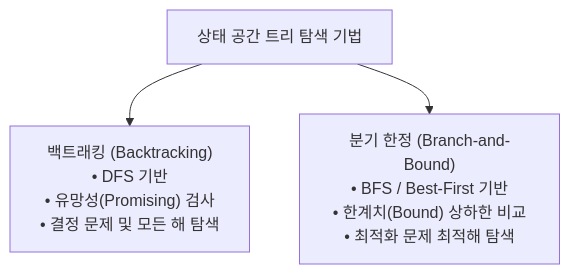
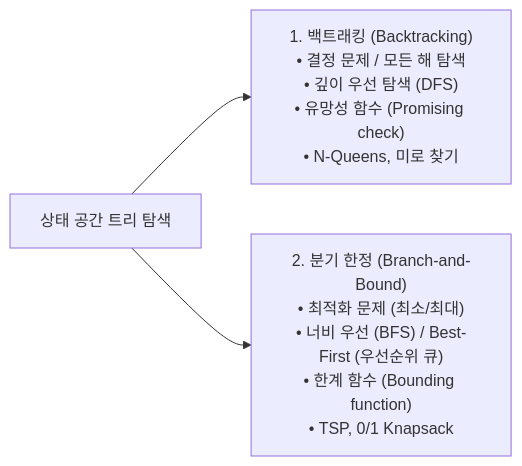
One commit to umyunsang/edu changed the diagram in ComputerScience/06_algorithms-graphics/algorithm-design-analysis/notes/09. 백트래킹과 분기 한정.md. Above: the diagram before and after it, drawn with Mermaid. The commit also changed other lines of this file and 32 other files, not shown here.

````diff
--- a/ComputerScience/06_algorithms-graphics/algorithm-design-analysis/notes/09. 백트래킹과 분기 한정.md
+++ b/ComputerScience/06_algorithms-graphics/algorithm-design-analysis/notes/09. 백트래킹과 분기 한정.md
@@ -32,6 +34,6 @@
 ```mermaid
-flowchart TD
-    ROOT["상태 공간 트리 탐색 기법"]
-    ROOT --> BT["백트래킹 (Backtracking)<br/>• DFS 기반<br/>• 유망성(Promising) 검사<br/>• 결정 문제 및 모든 해 탐색"]
-    ROOT --> BB["분기 한정 (Branch-and-Bound)<br/>• BFS / Best-First 기반<br/>• 한계치(Bound) 상하한 비교<br/>• 최적화 문제 최적해 탐색"]
+flowchart LR
+    SEARCH["상태 공간 트리 탐색"]
+    SEARCH --> BT["1. 백트래킹 (Backtracking)<br/>• 결정 문제 / 모든 해 탐색<br/>• 깊이 우선 탐색 (DFS)<br/>• 유망성 함수 (Promising check)<br/>• N-Queens, 미로 찾기"]
+    SEARCH --> BB["2. 분기 한정 (Branch-and-Bound)<br/>• 최적화 문제 (최소/최대)<br/>• 너비 우선 (BFS) / Best-First (우선순위 큐)<br/>• 한계 함수 (Bounding function)<br/>• TSP, 0/1 Knapsack"]
 ```
````
